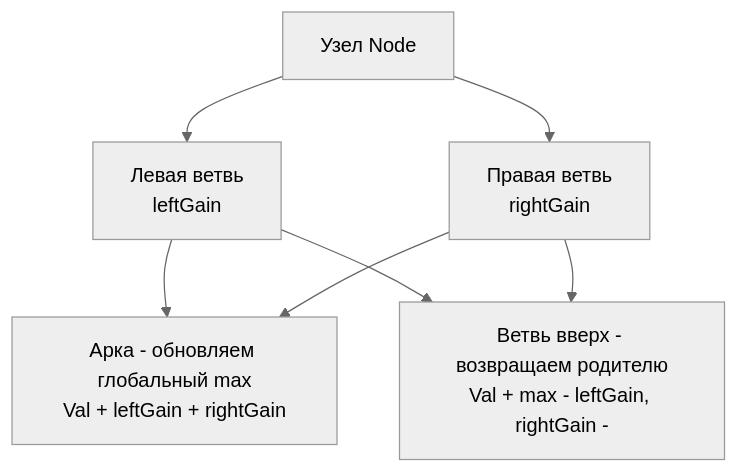
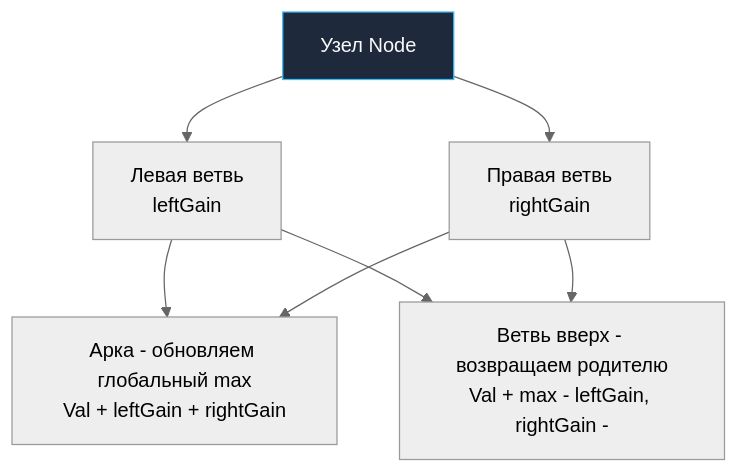
Before and after one commit to UnrealTemplier/go-textbook: the diagram in sources/21. Задачи с LeetCode и собеседований на Go/02. Задачи/21. Динамическое программирование на деревьях/4. Binary Tree Maximum Path Sum.md, drawn with Mermaid (neutral theme). The commit also changed 1666 other files, not shown here.

First line of the commit message:
feat(mermaid): add semantic color classDef to 1369 colorless flowchart/graph diagrams

````diff
--- a/sources/21. Задачи с LeetCode и собеседований на Go/02. Задачи/21. Динамическое программирование на деревьях/4. Binary Tree Maximum Path Sum.md
+++ b/sources/21. Задачи с LeetCode и собеседований на Go/02. Задачи/21. Динамическое программирование на деревьях/4. Binary Tree Maximum Path Sum.md
@@ -15,10 +15,20 @@
 ```mermaid
 flowchart TD
-    A["Узел Node"] --> B["Левая ветвь<br>leftGain"]
+    classDef process  fill:#1e293b,stroke:#38bdf8,stroke-width:1px,color:#f8fafc
+    classDef success  fill:#064e3b,stroke:#34d399,stroke-width:1px,color:#f8fafc
+    classDef error    fill:#7f1d1d,stroke:#f87171,stroke-width:1px,color:#f8fafc
+    classDef warning  fill:#78350f,stroke:#fbbf24,stroke-width:1px,color:#f8fafc
+    classDef entry    fill:#1e3a5f,stroke:#38bdf8,stroke-width:2px,color:#f8fafc
+    classDef aux      fill:#334155,stroke:#64748b,stroke-width:1px,color:#f8fafc
+    classDef system   fill:#312e81,stroke:#a78bfa,stroke-width:1px,color:#f8fafc
+    classDef data     fill:#132d29,stroke:#2dd4bf,stroke-width:1px,color:#f8fafc
+    classDef network  fill:#881337,stroke:#fb7185,stroke-width:1px,color:#f8fafc
+    classDef accent   fill:#1e1b4b,stroke:#818cf8,stroke-width:1px,color:#f8fafc
+    A["Узел Node"]:::process --> B["Левая ветвь<br>leftGain"]
     A --> C["Правая ветвь<br>rightGain"]
     
     B --> D["Арка - обновляем глобальный max<br>Val + leftGain + rightGain"]
     B --> E["Ветвь вверх - возвращаем родителю<br>Val + max - leftGain, rightGain -"]
     C --> D
     C --> E
 ```
````
